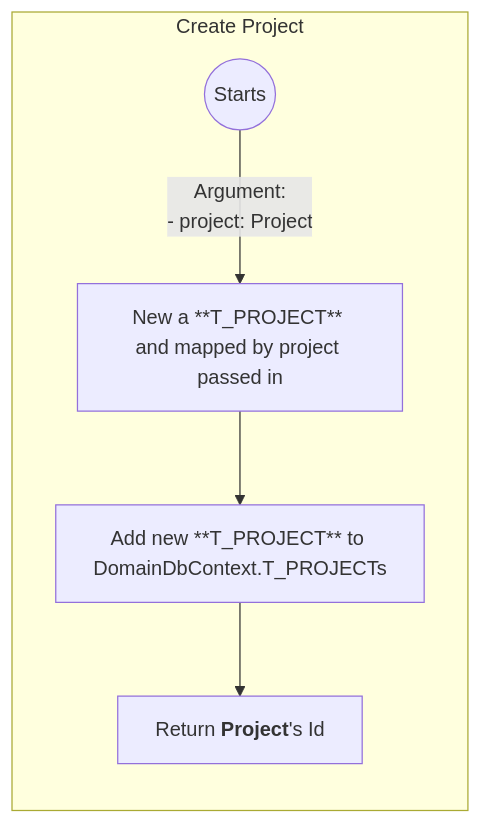
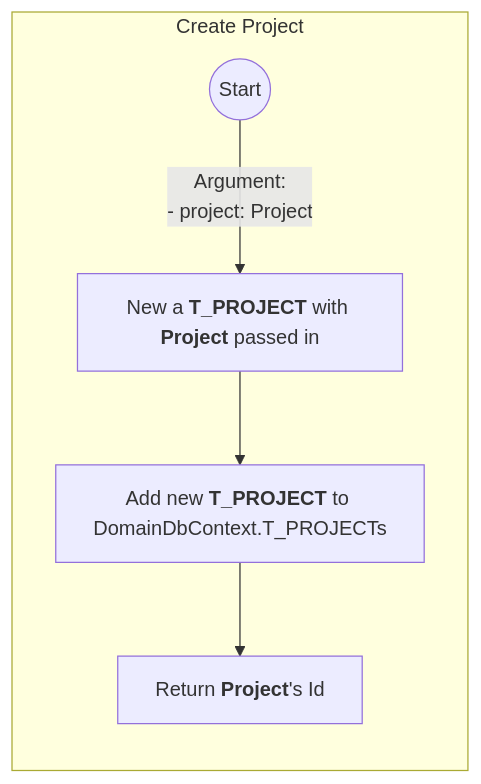
Before and after one commit to sdlfly2000/DomainBasedDesigner: the first of 2 diagrams in AI/Repository/ProjectRepository.md, drawn with Mermaid. The commit also changed other lines of this file and 15 other files, not shown here.

Commit message:
Create Project Domain

````diff
--- a/AI/Repository/ProjectRepository.md
+++ b/AI/Repository/ProjectRepository.md
@@ -32,11 +32,11 @@
     ```mermaid
         graph TB
             subgraph main [Create Project]
                 direction TB
-                start(("Start"s)) -->
+                start(("Start")) -->
                 |Argument: 
-                - project: Project| newProject["New a **T_PROJECT** and mapped by project passed in"] -->
-                addProjectToDb["Add new **T_PROJECT** to DomainDbContext.T_PROJECTs"] -->
+                - project: Project| newProject["`New a **T_PROJECT** with **Project** passed in`"] -->
+                addProjectToDb["`Add new **T_PROJECT** to DomainDbContext.T_PROJECTs`"] -->
                 return["`Return **Project**'s Id`"]
             end
     ```
````
